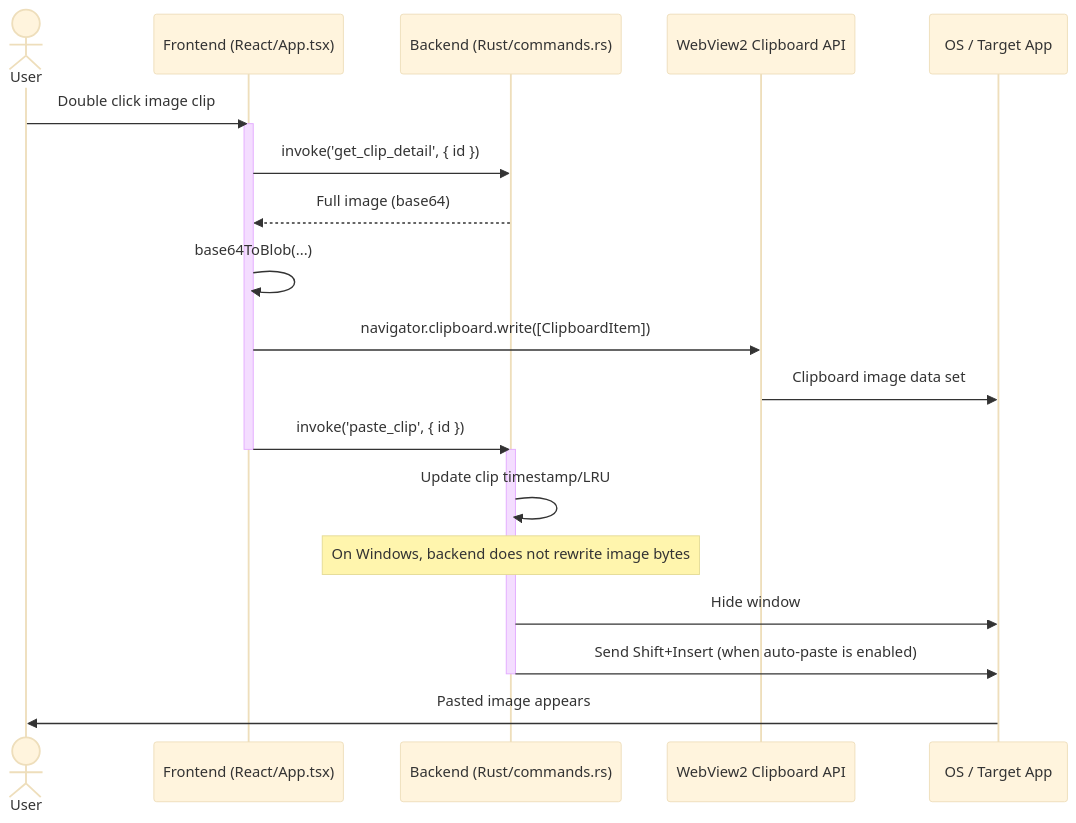
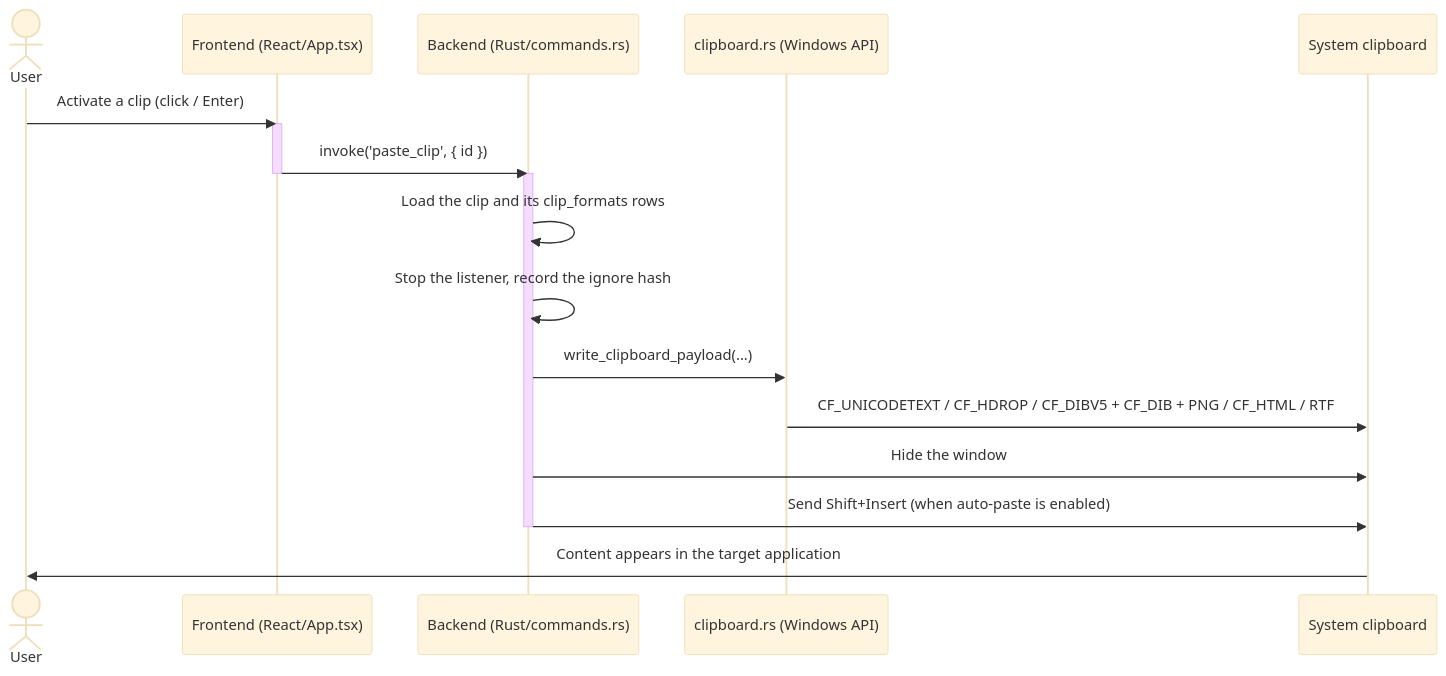
The diagram in README.md (cmacckk/PastePaw), drawn with Mermaid (base theme) before and after one commit. The commit also changed other lines of this file and 7 other files, not shown here.

````diff
--- a/README.md
+++ b/README.md
@@ -249,27 +424,24 @@
 ```mermaid
 sequenceDiagram
     actor User
     participant FE as Frontend (React/App.tsx)
     participant BE as Backend (Rust/commands.rs)
-    participant BROWSER as WebView2 Clipboard API
-    participant OS as OS / Target App
+    participant WB as clipboard.rs (Windows API)
+    participant OS as System clipboard
 
-    User->>FE: Double click image clip
+    User->>FE: Activate a clip (click / Enter)
     activate FE
-    FE->>BE: invoke('get_clip_detail', { id })
-    BE-->>FE: Full image (base64)
-    FE->>FE: base64ToBlob(...)
-    FE->>BROWSER: navigator.clipboard.write([ClipboardItem])
-    BROWSER->>OS: Clipboard image data set
     FE->>BE: invoke('paste_clip', { id })
     deactivate FE
 
     activate BE
-    BE->>BE: Update clip timestamp/LRU
-    Note over BE: On Windows, backend does not rewrite image bytes
-    BE->>OS: Hide window
+    BE->>BE: Load the clip and its clip_formats rows
+    BE->>BE: Stop the listener, record the ignore hash
+    BE->>WB: write_clipboard_payload(...)
+    WB->>OS: CF_UNICODETEXT / CF_HDROP / CF_DIBV5 + CF_DIB + PNG / CF_HTML / RTF
+    BE->>OS: Hide the window
     BE->>OS: Send Shift+Insert (when auto-paste is enabled)
     deactivate BE
 
-    OS->>User: Pasted image appears
+    OS->>User: Content appears in the target application
 ```
````
